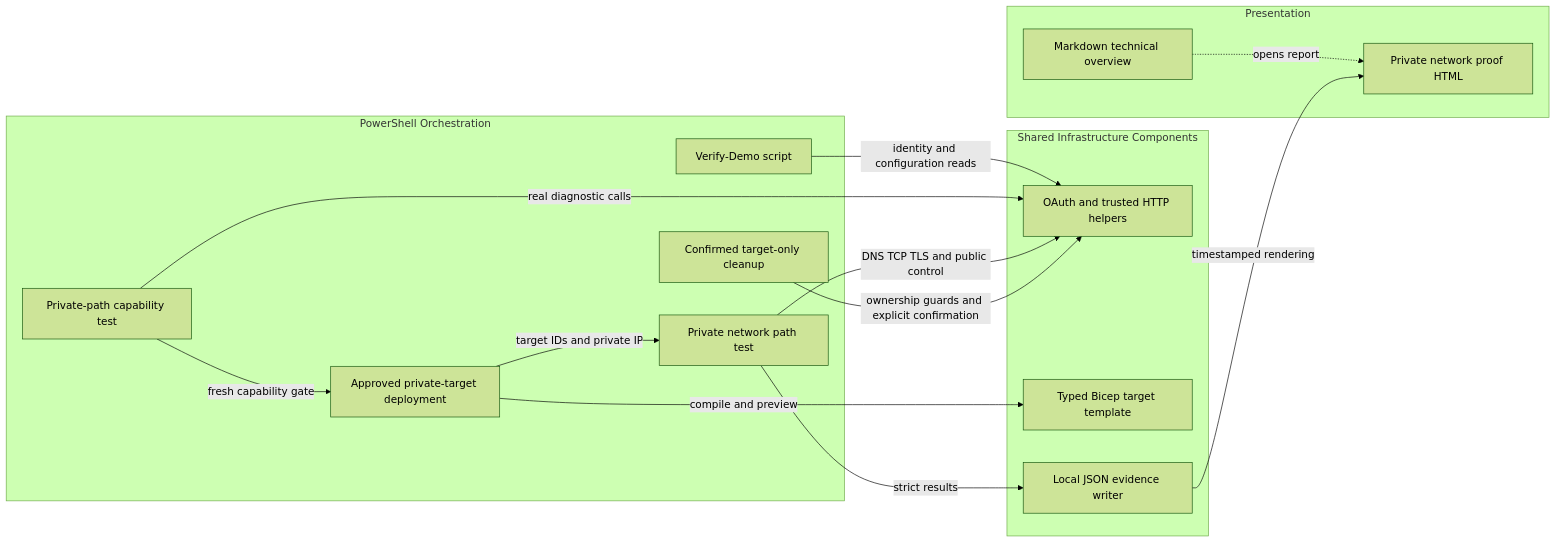
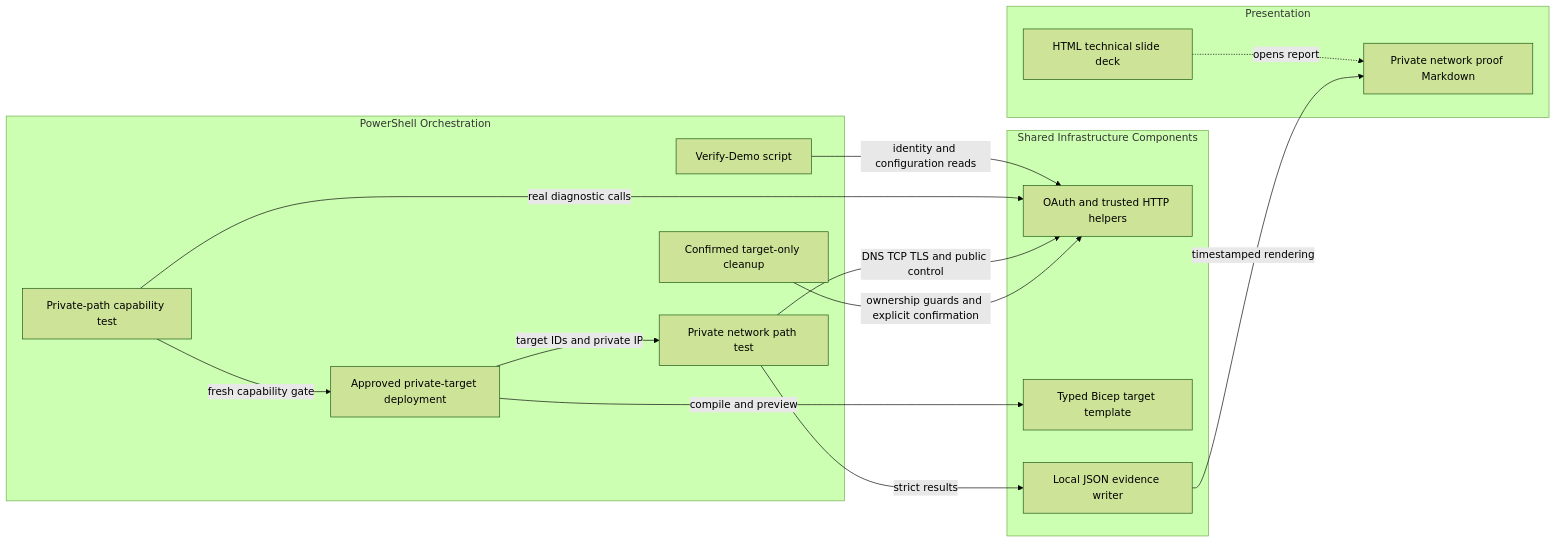
The second of 2 diagrams in .github/modernize/assessment/engines/facts/architecture-diagram.md (teo-ma/powerplatform-vnet-integration), drawn with Mermaid (forest theme) before and after one commit. The commit also changed other lines of this file and 15 other files, not shown here.

First line of the commit message:
Restore HTML slides and convert verification reports to Markdown

````diff
--- a/.github/modernize/assessment/engines/facts/architecture-diagram.md
+++ b/.github/modernize/assessment/engines/facts/architecture-diagram.md
@@ -79,29 +79,29 @@
 ```mermaid
 flowchart LR
     subgraph PresentationC2["Presentation"]
-        DeckC2["Markdown technical overview"]
-        EvidencePageC2["Private network proof HTML"]
+        DeckC2["HTML technical slide deck"]
+        EvidencePageC2["Private network proof Markdown"]
     end
     subgraph OrchestrationC2["PowerShell Orchestration"]
         ConfigTestC2["Verify-Demo script"]
         CapabilityC2["Private-path capability test"]
         PrivateTestC2["Private network path test"]
         TargetDeployC2["Approved private-target deployment"]
         CleanupC2["Confirmed target-only cleanup"]
     end
     subgraph InfrastructureC2["Shared Infrastructure Components"]
         CommonC2["OAuth and trusted HTTP helpers"]
         BicepC2["Typed Bicep target template"]
         EvidenceC2["Local JSON evidence writer"]
     end
     DeckC2 -.->|"opens report"| EvidencePageC2
     CapabilityC2 -->|"fresh capability gate"| TargetDeployC2
     TargetDeployC2 -->|"target IDs and private IP"| PrivateTestC2
     TargetDeployC2 -->|"compile and preview"| BicepC2
     ConfigTestC2 -->|"identity and configuration reads"| CommonC2
     CapabilityC2 -->|"real diagnostic calls"| CommonC2
     PrivateTestC2 -->|"DNS TCP TLS and public control"| CommonC2
     CleanupC2 -->|"ownership guards and explicit confirmation"| CommonC2
     PrivateTestC2 -->|"strict results"| EvidenceC2
     EvidenceC2 -->|"timestamped rendering"| EvidencePageC2
 ```
````
